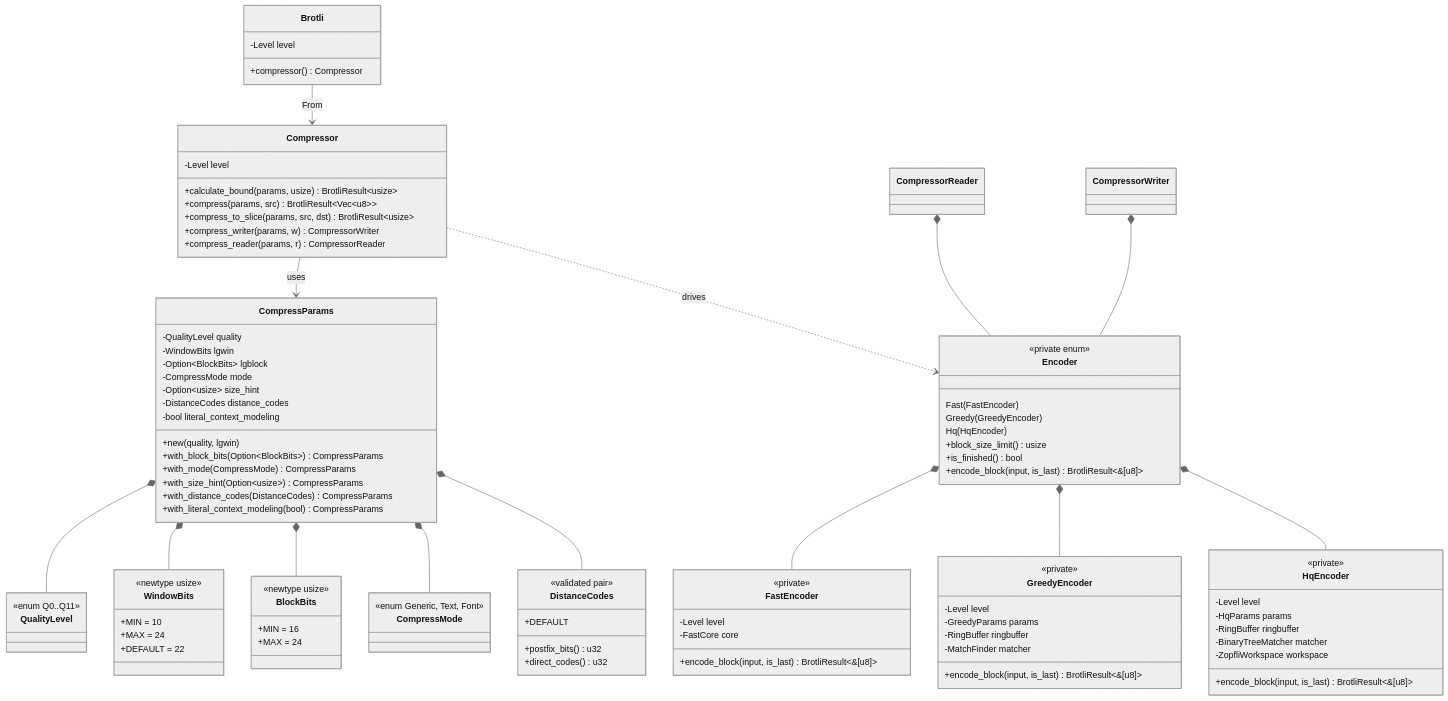
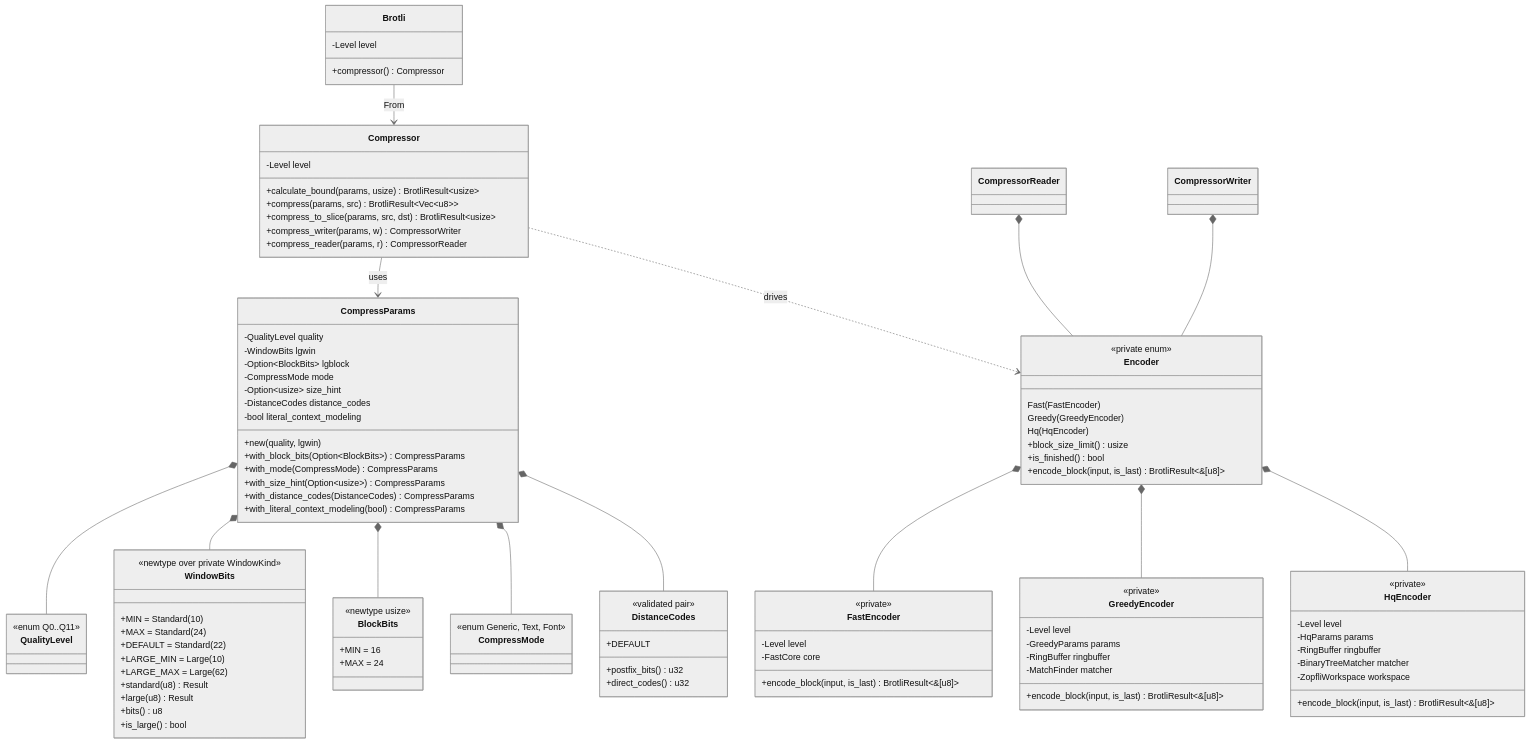
The second of 8 diagrams in architecture/compressor.md (Mnwa/mbrotli), drawn with Mermaid (neutral theme) before and after one commit. The commit also changed other lines of this file and 59 other files, not shown here.

```diff
--- a/architecture/compressor.md
+++ b/architecture/compressor.md
@@ -109,10 +109,16 @@
         +direct_codes() u32
     }
     class WindowBits {
-        <<newtype usize>>
-        +MIN = 10
-        +MAX = 24
-        +DEFAULT = 22
+        <<newtype over private WindowKind>>
+        +MIN = Standard(10)
+        +MAX = Standard(24)
+        +DEFAULT = Standard(22)
+        +LARGE_MIN = Large(10)
+        +LARGE_MAX = Large(62)
+        +standard(u8) Result
+        +large(u8) Result
+        +bits() u8
+        +is_large() bool
     }
     class QualityLevel {
         <<enum Q0..Q11>>
```
